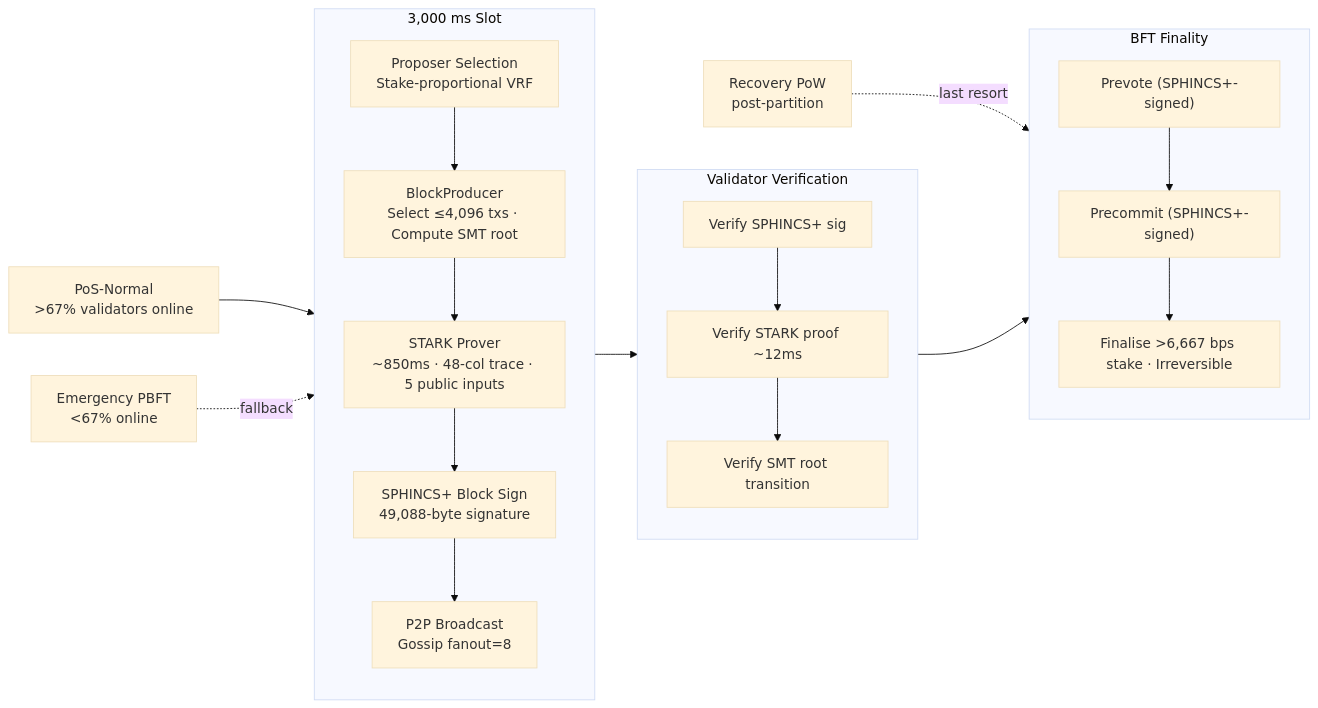
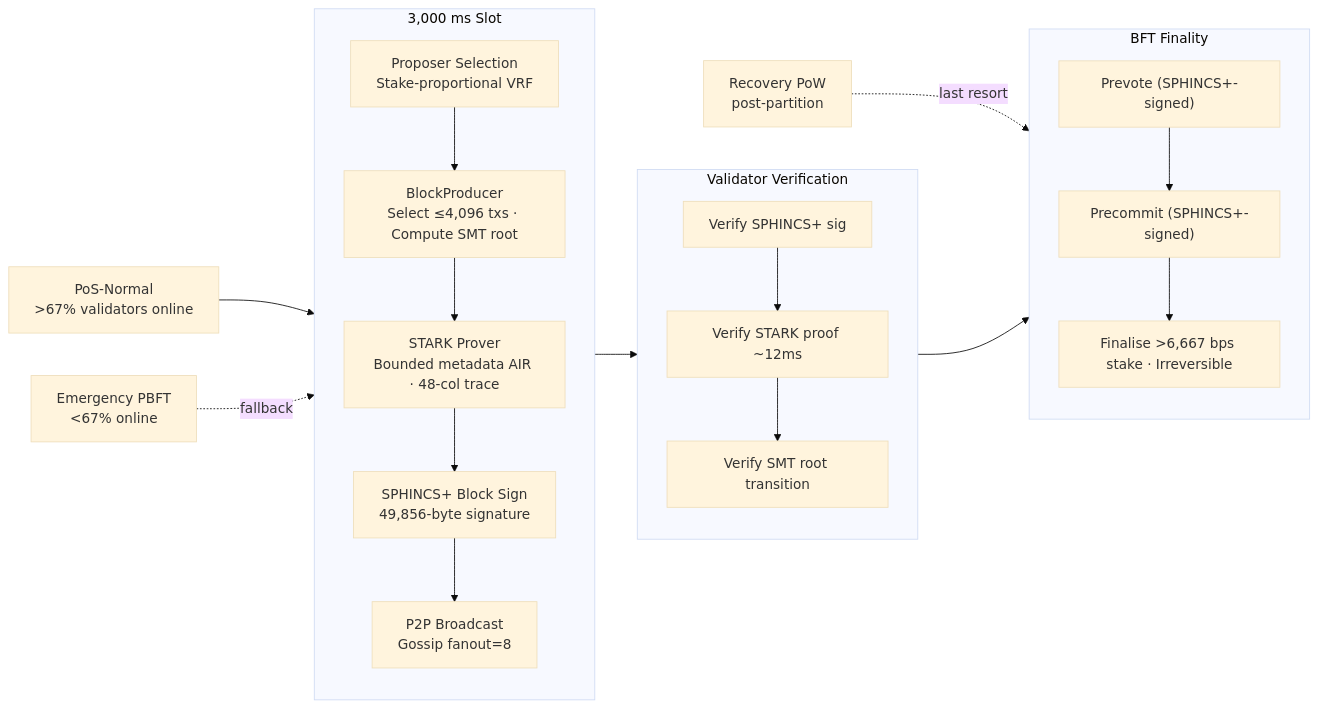
The fifth of 7 diagrams in WHITEPAPER.md (BleepEcosystem/BLEEP-v1), drawn with Mermaid (base theme) before and after one commit. The commit also changed other lines of this file and 16 other files, not shown here.

````diff
--- a/WHITEPAPER.md
+++ b/WHITEPAPER.md
@@ -348,39 +343,39 @@
 ```mermaid
 flowchart LR
     subgraph SLOT["3,000 ms Slot"]
         direction TB
         SEL["Proposer Selection
 Stake-proportional VRF"]
         BP["BlockProducer
 Select ≤4,096 txs · Compute SMT root"]
         STARK["STARK Prover
-~850ms · 48-col trace · 5 public inputs"]
+Bounded metadata AIR · 48-col trace"]
         SIGN["SPHINCS+ Block Sign
-49,088-byte signature"]
+49,856-byte signature"]
         BCAST["P2P Broadcast
 Gossip fanout=8"]
     end
     subgraph VALIDATE["Validator Verification"]
         direction TB
         VSIG["Verify SPHINCS+ sig"]
         VZKP["Verify STARK proof ~12ms"]
         VSMT["Verify SMT root transition"]
     end
     subgraph BFT["BFT Finality"]
         direction TB
         PREV["Prevote (SPHINCS+-signed)"]
         PREC["Precommit (SPHINCS+-signed)"]
         FIN["Finalise >6,667 bps stake · Irreversible"]
     end
     SEL --> BP --> STARK --> SIGN --> BCAST
     BCAST --> VALIDATE
     VSIG --> VZKP --> VSMT
     VALIDATE --> BFT
     PREV --> PREC --> FIN
     NORMAL["PoS-Normal
 >67% validators online"] --> SEL
     EMERGENCY["Emergency PBFT
 <67% online"] -.->|fallback| STARK
     RECOVERY["Recovery PoW
 post-partition"] -.->|last resort| FIN
 ```
````
